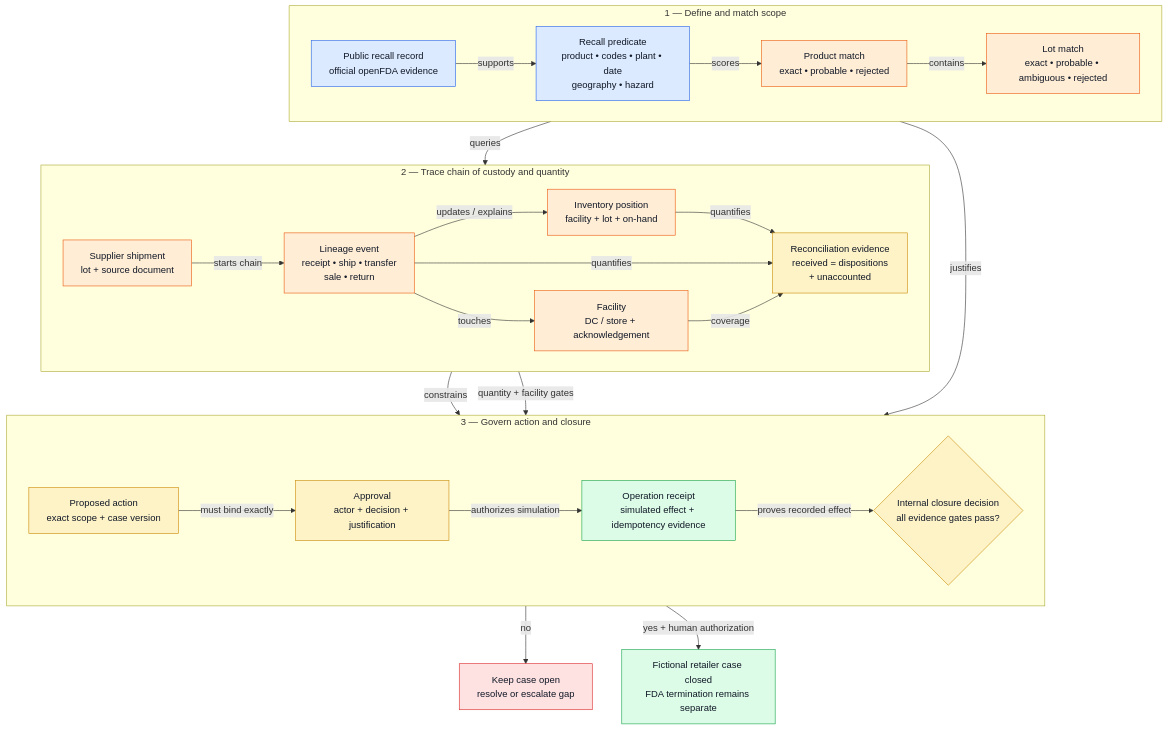
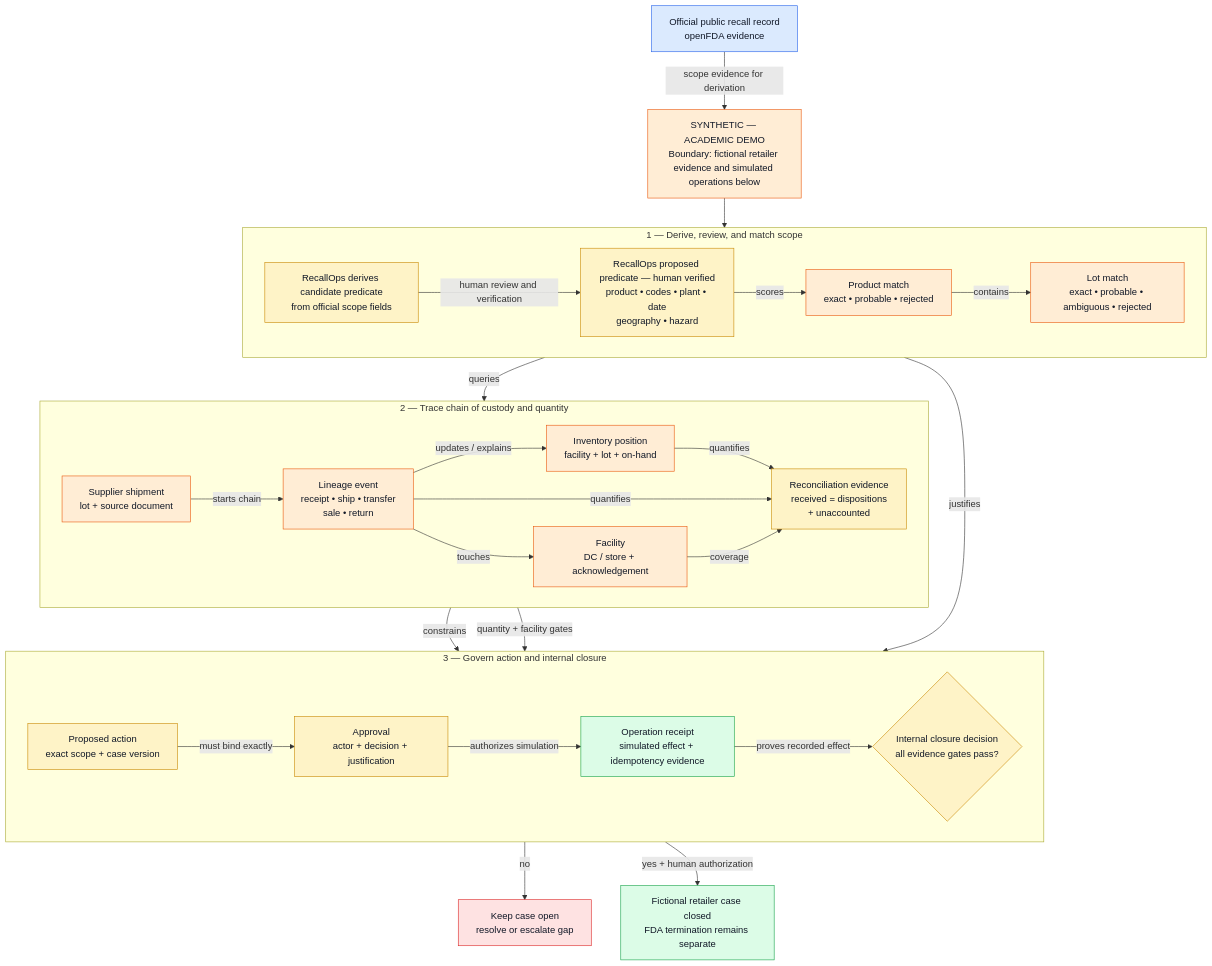
One commit to nagarjunakanamarlapudi/reacall-agents changed the diagram in docs/images/09_domain_evidence_model.mmd. Above: the diagram before and after it, drawn with Mermaid. The commit also changed 4 other files, not shown here.

```diff
--- a/docs/images/09_domain_evidence_model.mmd
+++ b/docs/images/09_domain_evidence_model.mmd
@@ -1,53 +1,59 @@
 flowchart TB
   classDef official fill:#dbeafe,stroke:#2563eb,color:#111827
   classDef synthetic fill:#ffedd5,stroke:#ea580c,color:#111827
   classDef review fill:#fef3c7,stroke:#ca8a04,color:#111827
   classDef approved fill:#dcfce7,stroke:#16a34a,color:#111827
   classDef blocked fill:#fee2e2,stroke:#dc2626,color:#111827
 
-  subgraph SCOPE["1 — Define and match scope"]
-    direction LR
-    PUBLIC["Public recall record<br/>official openFDA evidence"]:::official
-    PRED["Recall predicate<br/>product • codes • plant • date<br/>geography • hazard"]:::official
-    PRODUCT["Product match<br/>exact • probable • rejected"]:::synthetic
-    LOT["Lot match<br/>exact • probable • ambiguous • rejected"]:::synthetic
-    PUBLIC -->|supports| PRED
-    PRED -->|scores| PRODUCT
-    PRODUCT -->|contains| LOT
-  end
+  PUBLIC["Official public recall record<br/>openFDA evidence"]:::official
 
-  subgraph TRACE["2 — Trace chain of custody and quantity"]
-    direction LR
-    SHIP["Supplier shipment<br/>lot + source document"]:::synthetic
-    EVENT["Lineage event<br/>receipt • ship • transfer<br/>sale • return"]:::synthetic
-    INV["Inventory position<br/>facility + lot + on-hand"]:::synthetic
-    FAC["Facility<br/>DC / store + acknowledgement"]:::synthetic
-    REC["Reconciliation evidence<br/>received = dispositions<br/>+ unaccounted"]:::review
-    SHIP -->|starts chain| EVENT
-    EVENT -->|updates / explains| INV
-    EVENT -->|touches| FAC
-    INV -->|quantifies| REC
-    EVENT -->|quantifies| REC
-    FAC -->|coverage| REC
-  end
+  DEMO_NOTE["SYNTHETIC — ACADEMIC DEMO<br/>Boundary: fictional retailer evidence and simulated operations below"]:::synthetic
 
-  subgraph GOVERN["3 — Govern action and closure"]
-    direction LR
-    ACTION["Proposed action<br/>exact scope + case version"]:::review
-    APPROVAL["Approval<br/>actor + decision + justification"]:::review
-    RECEIPT["Operation receipt<br/>simulated effect + idempotency evidence"]:::approved
-    CLOSURE{"Internal closure decision<br/>all evidence gates pass?"}:::review
-    ACTION -->|must bind exactly| APPROVAL
-    APPROVAL -->|authorizes simulation| RECEIPT
-    RECEIPT -->|proves recorded effect| CLOSURE
-  end
+    subgraph SCOPE["1 — Derive, review, and match scope"]
+      direction LR
+      DRAFT["RecallOps derives candidate predicate<br/>from official scope fields"]:::review
+      PRED["RecallOps proposed predicate — human verified<br/>product • codes • plant • date<br/>geography • hazard"]:::review
+      PRODUCT["Product match<br/>exact • probable • rejected"]:::synthetic
+      LOT["Lot match<br/>exact • probable • ambiguous • rejected"]:::synthetic
+      DRAFT -->|human review and verification| PRED
+      PRED -->|scores| PRODUCT
+      PRODUCT -->|contains| LOT
+    end
 
-  OPEN["Keep case open<br/>resolve or escalate gap"]:::blocked
-  CLOSED["Fictional retailer case closed<br/>FDA termination remains separate"]:::approved
+    subgraph TRACE["2 — Trace chain of custody and quantity"]
+      direction LR
+      SHIP["Supplier shipment<br/>lot + source document"]:::synthetic
+      EVENT["Lineage event<br/>receipt • ship • transfer<br/>sale • return"]:::synthetic
+      INV["Inventory position<br/>facility + lot + on-hand"]:::synthetic
+      FAC["Facility<br/>DC / store + acknowledgement"]:::synthetic
+      REC["Reconciliation evidence<br/>received = dispositions<br/>+ unaccounted"]:::review
+      SHIP -->|starts chain| EVENT
+      EVENT -->|updates / explains| INV
+      EVENT -->|touches| FAC
+      INV -->|quantifies| REC
+      EVENT -->|quantifies| REC
+      FAC -->|coverage| REC
+    end
 
-  LOT -->|queries| SHIP
-  LOT -->|justifies| ACTION
-  REC -->|constrains| ACTION
-  REC -->|quantity + facility gates| CLOSURE
-  CLOSURE -->|no| OPEN
-  CLOSURE -->|yes + human authorization| CLOSED
+    subgraph GOVERN["3 — Govern action and internal closure"]
+      direction LR
+      ACTION["Proposed action<br/>exact scope + case version"]:::review
+      APPROVAL["Approval<br/>actor + decision + justification"]:::review
+      RECEIPT["Operation receipt<br/>simulated effect + idempotency evidence"]:::approved
+      CLOSURE{"Internal closure decision<br/>all evidence gates pass?"}:::review
+      ACTION -->|must bind exactly| APPROVAL
+      APPROVAL -->|authorizes simulation| RECEIPT
+      RECEIPT -->|proves recorded effect| CLOSURE
+    end
+
+    OPEN["Keep case open<br/>resolve or escalate gap"]:::blocked
+    CLOSED["Fictional retailer case closed<br/>FDA termination remains separate"]:::approved
+
+    LOT -->|queries| SHIP
+    LOT -->|justifies| ACTION
+    REC -->|constrains| ACTION
+    REC -->|quantity + facility gates| CLOSURE
+    CLOSURE -->|no| OPEN
+    CLOSURE -->|yes + human authorization| CLOSED
+  PUBLIC -->|scope evidence for derivation| DEMO_NOTE
+  DEMO_NOTE --> DRAFT
```
